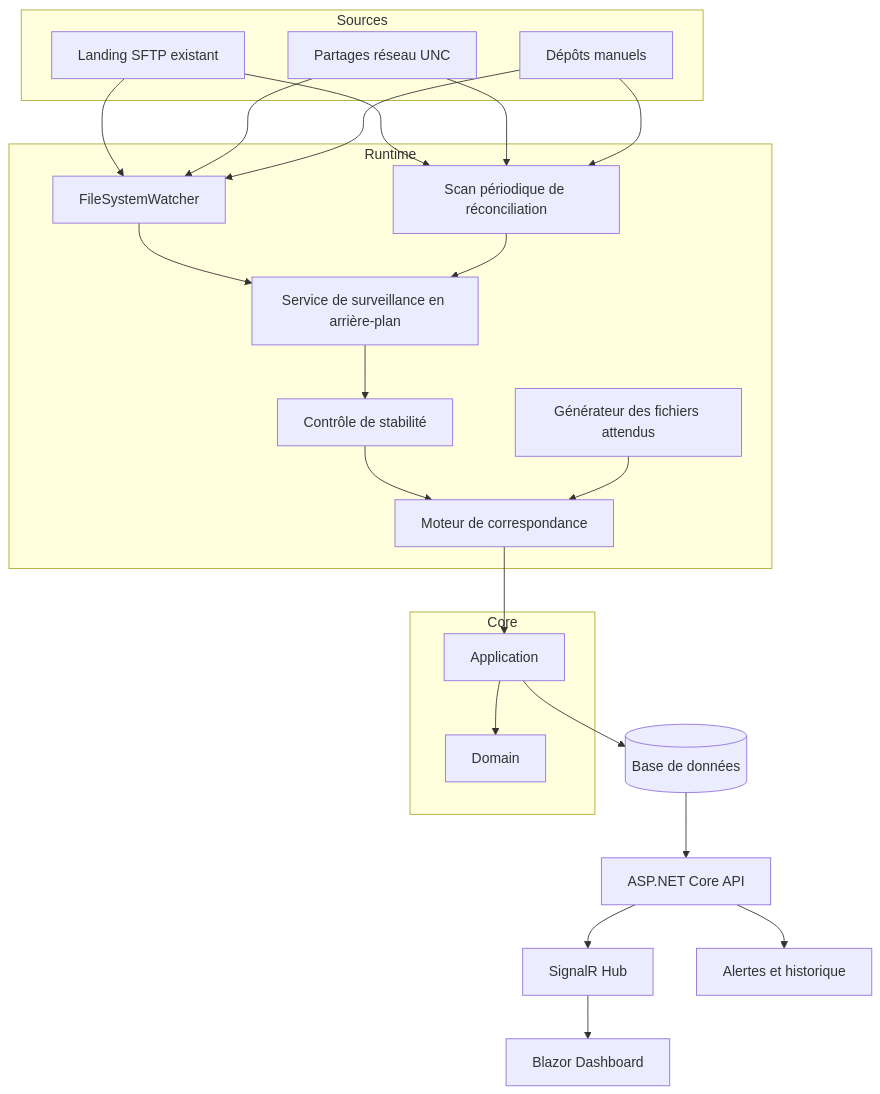
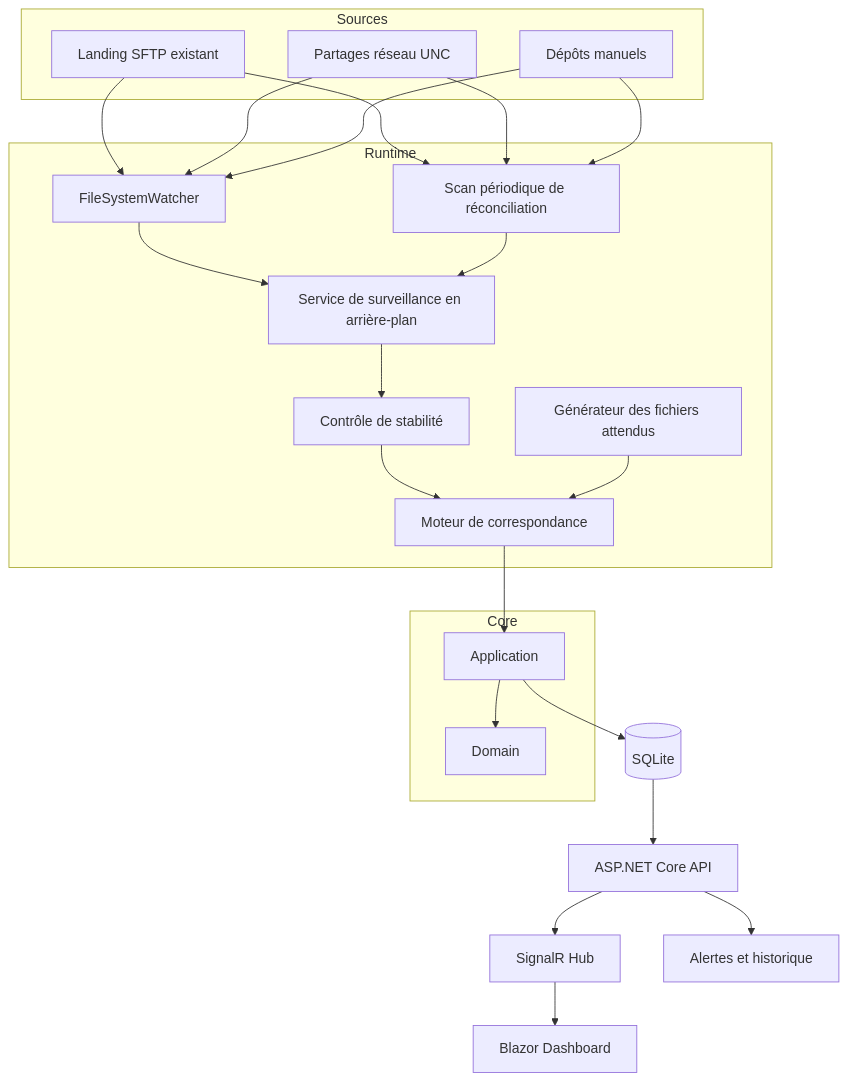
One commit to Moongari/FileFlowMonitor changed the diagram in docs/ARCHITECTURE.md. Above: the diagram before and after it, drawn with Mermaid. The commit also changed other lines of this file, not shown here.

````diff
--- a/docs/ARCHITECTURE.md
+++ b/docs/ARCHITECTURE.md
@@ -5,40 +5,40 @@
 ```mermaid
 flowchart TB
   subgraph Sources
     A[Landing SFTP existant]
     B[Partages réseau UNC]
     C[Dépôts manuels]
   end
   subgraph Runtime
     W[FileSystemWatcher]
     S[Scan périodique de réconciliation]
     ST[Contrôle de stabilité]
     M[Moteur de correspondance]
     G[Générateur des fichiers attendus]
     BG[Service de surveillance en arrière-plan]
   end
   subgraph Core
     D[Domain]
     AP[Application]
   end
-  DB[(Base de données)]
+  DB[(SQLite)]
   API[ASP.NET Core API]
   HUB[SignalR Hub]
   UI[Blazor Dashboard]
   AL[Alertes et historique]
   A --> W
   B --> W
   C --> W
   A --> S
   B --> S
   C --> S
   W --> BG
   S --> BG
   BG --> ST --> M
   G --> M
   M --> AP --> D
   AP --> DB
   DB --> API
   API --> HUB --> UI
   API --> AL
 ```
````
